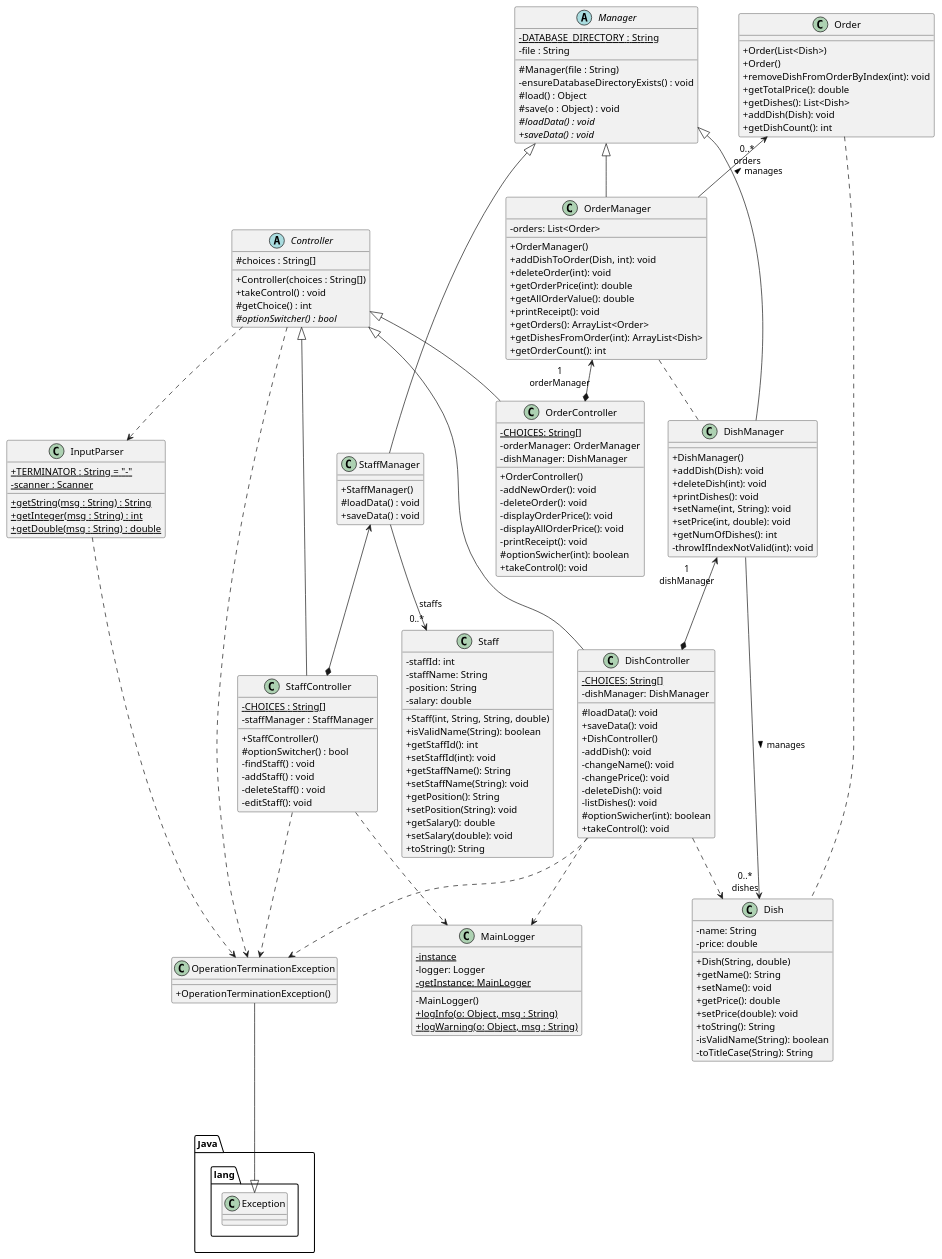
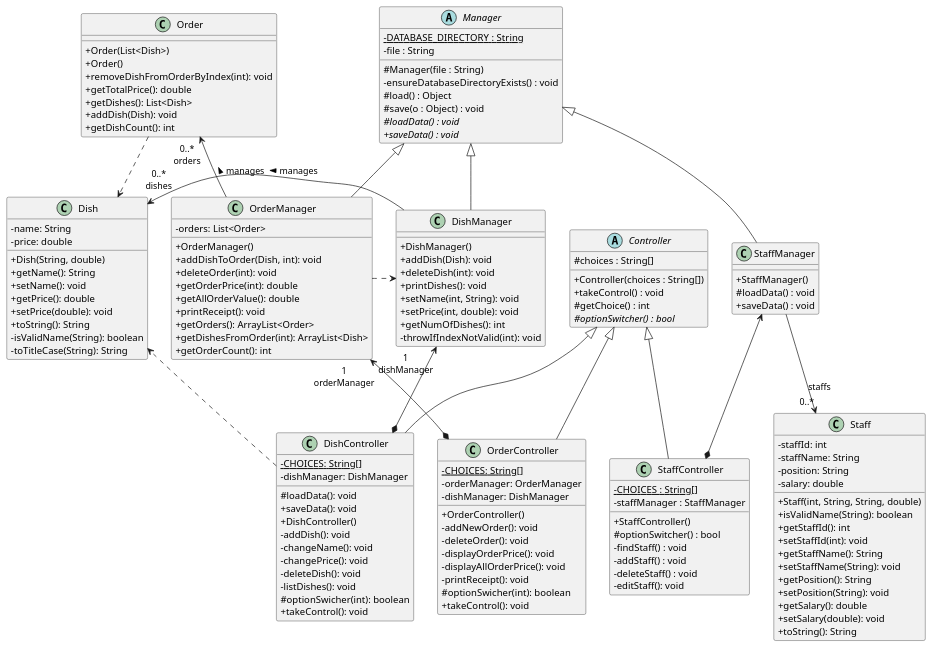
Before and after one commit to nus-cs2113-AY2122S2/tp: the diagram in docs/uml/class/all.puml, drawn with PlantUML.

Commit message:
Simplify all.uml

```diff
--- a/docs/uml/class/all.puml
+++ b/docs/uml/class/all.puml
@@ -1,187 +1,154 @@
 @startuml
 skinparam classAttributeIconSize 0
 abstract class Manager {
 -{static}DATABASE_DIRECTORY : String
 -file : String
 #Manager(file : String)
 -ensureDatabaseDirectoryExists() : void
 #load() : Object
 #save(o : Object) : void
 #{abstract}loadData() : void
 +{abstract}saveData() : void
 }
 
 class StaffManager {
 +StaffManager()
 #loadData() : void
 +saveData() : void
 }
 
 abstract class Controller {
 #choices : String[]
 +Controller(choices : String[])
 +takeControl() : void
 #getChoice() : int
 #{abstract}optionSwitcher() : bool
 }
 
 class StaffController {
 -{static}CHOICES : String[]
 -staffManager : StaffManager
 +StaffController()
 #optionSwitcher() : bool
 -findStaff() : void
 -addStaff() : void
 -deleteStaff() : void
 -editStaff(): void
 }
 
 class Staff {
     -staffId: int
     -staffName: String
     -position: String
     -salary: double
     +Staff(int, String, String, double)
     +isValidName(String): boolean
     +getStaffId(): int
     +setStaffId(int): void
     +getStaffName(): String
     +setStaffName(String): void
     +getPosition(): String
     +setPosition(String): void
     +getSalary(): double
     +setSalary(double): void
     +toString(): String
 }
 
-class InputParser {
-+{static}TERMINATOR : String = "-"
--{static}scanner : Scanner
-+{static}getString(msg : String) : String
-+{static}getInteger(msg : String) : int
-+{static}getDouble(msg : String) : double
-}
-
 class Dish {
     -name: String
     -price: double
     +Dish(String, double)
     +getName(): String
     +setName(): void
     +getPrice(): double
     +setPrice(double): void
     +toString(): String
     -isValidName(String): boolean
     -toTitleCase(String): String
 }
 
 class DishManager {
     +DishManager()
     +addDish(Dish): void
     +deleteDish(int): void
     +printDishes(): void
     +setName(int, String): void
     +setPrice(int, double): void
     +getNumOfDishes(): int
     -throwIfIndexNotValid(int): void
 }
 
 class DishController {
     -{static}CHOICES: String[]
     -dishManager: DishManager
     #loadData(): void
     +saveData(): void
     +DishController()
     -addDish(): void
     -changeName(): void
     -changePrice(): void
     -deleteDish(): void
     -listDishes(): void
     #optionSwicher(int): boolean
     +takeControl(): void
 }
 
-class MainLogger {
-    -{static}instance
-    -logger: Logger
-    -MainLogger()
-    -{static}getInstance: MainLogger
-    +{static}logInfo(o: Object, msg : String)
-    +{static}logWarning(o: Object, msg : String)
-}
-
-class OperationTerminationException {
-    +OperationTerminationException()
-}
-
-'Exception
-OperationTerminationException ---|> Java.lang.Exception
-InputParser ..> OperationTerminationException
-Controller ..> OperationTerminationException
-StaffController ..> OperationTerminationException
-DishController ..> OperationTerminationException
-
-'Logger
-DishController ..> MainLogger
-StaffController ..> MainLogger
-
 class Order {
     +Order(List<Dish>)
     +Order()
     +removeDishFromOrderByIndex(int): void
     +getTotalPrice(): double
     +getDishes(): List<Dish>
     +addDish(Dish): void
     +getDishCount(): int
 }
 
 class OrderManager {
     -orders: List<Order>
     +OrderManager()
     +addDishToOrder(Dish, int): void
     +deleteOrder(int): void
     +getOrderPrice(int): double
     +getAllOrderValue(): double
     +printReceipt(): void
     +getOrders(): ArrayList<Order>
     +getDishesFromOrder(int): ArrayList<Dish>
     +getOrderCount(): int
 }
 
 class OrderController {
     -{static}CHOICES: String[]
     -orderManager: OrderManager
     -dishManager: DishManager
     +OrderController()
     -addNewOrder(): void
     -deleteOrder(): void
     -displayOrderPrice(): void
     -displayAllOrderPrice(): void
     -printReceipt(): void
     #optionSwicher(int): boolean
     +takeControl(): void
 }
 
 'Staff relations
-Manager <|--- StaffManager
+Manager <|-- StaffManager
 StaffManager <--* StaffController
-Controller <|--- StaffController
-Controller ..> InputParser
+Controller <|-- StaffController
 StaffManager --> "0..*" Staff : staffs
 
 'Dish relations
 Manager <|-- DishManager
 Controller <|-- DishController
-Dish "0..*\ndishes" <-- DishManager: manages <
+Dish "0..*\ndishes" <- DishManager: manages <
 DishManager "1\ndishManager" <--* DishController
 DishController .-> Dish
 
 'Order relations
 Manager <|-- OrderManager
 Controller <|-- OrderController
 Order "0..*\norders" <-- OrderManager: manages <
 OrderManager "1\norderManager" <--* OrderController
-OrderManager .. DishManager
-Order .. Dish
+OrderManager .> DishManager
+Order ..> Dish
 
 @enduml
```
